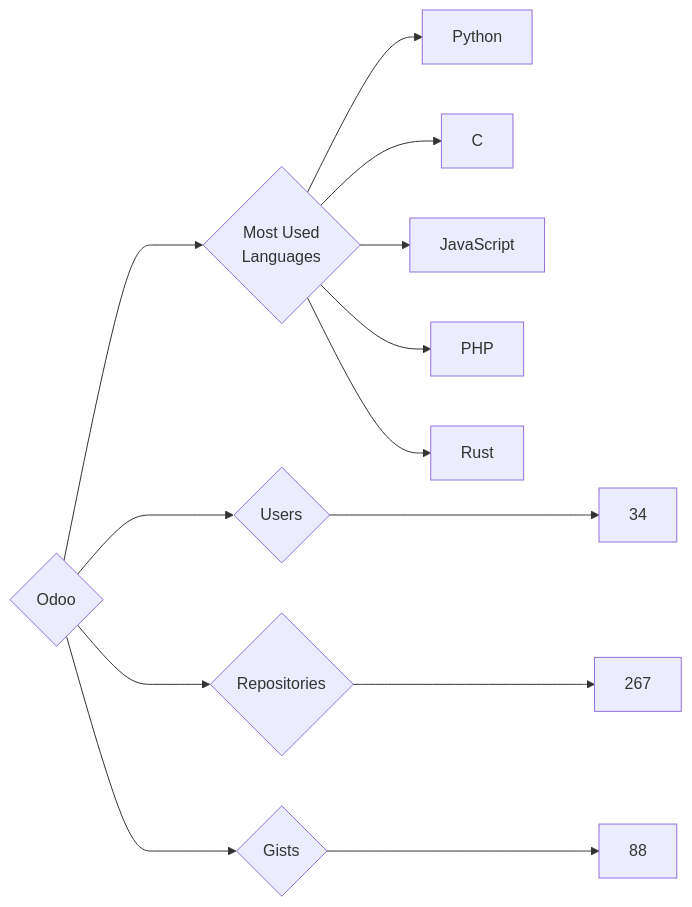
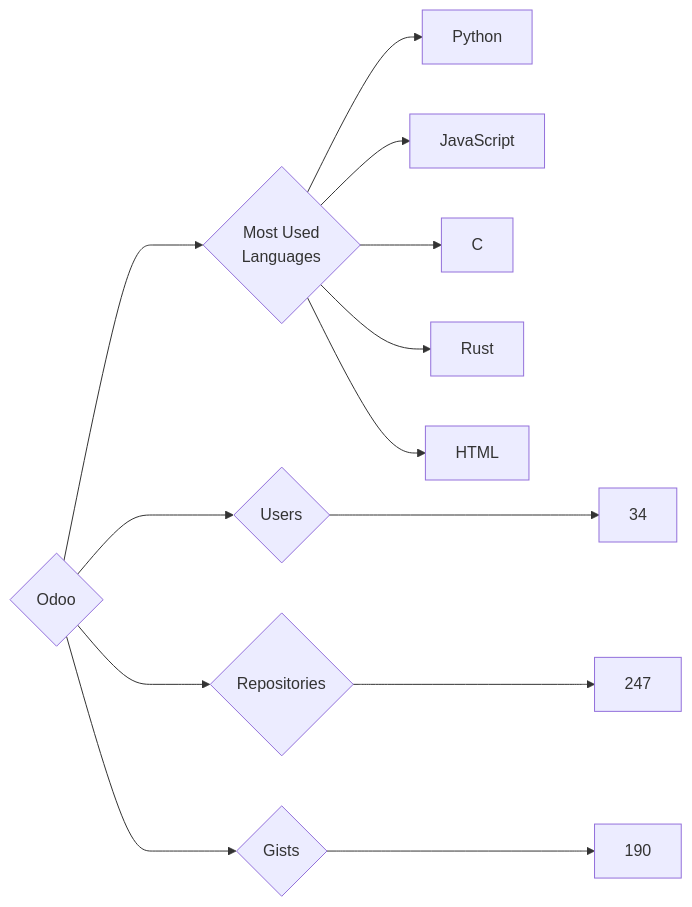
The diagram in targets/Odoo/README.md (trickest/insiders), drawn with Mermaid before and after one commit. The commit also changed 964 other files, not shown here.

````diff
--- a/targets/Odoo/README.md
+++ b/targets/Odoo/README.md
@@ -3,13 +3,13 @@
 ```mermaid
 graph LR
 COMPANY_NAME{Odoo}
 COMPANY_NAME ---> U{Users} ---> UN[34]
-COMPANY_NAME ---> R{Repositories} ---> RN[267]
-COMPANY_NAME ---> G{Gists} ---> GN[88]
+COMPANY_NAME ---> R{Repositories} ---> RN[247]
+COMPANY_NAME ---> G{Gists} ---> GN[190]
 COMPANY_NAME ---> ML{Most Used<br>Languages}
 ML --> Python[Python]
+ML --> JavaScript[JavaScript]
 ML --> C[C]
-ML --> JavaScript[JavaScript]
-ML --> PHP[PHP]
 ML --> Rust[Rust]
+ML --> HTML[HTML]
 ```
````
